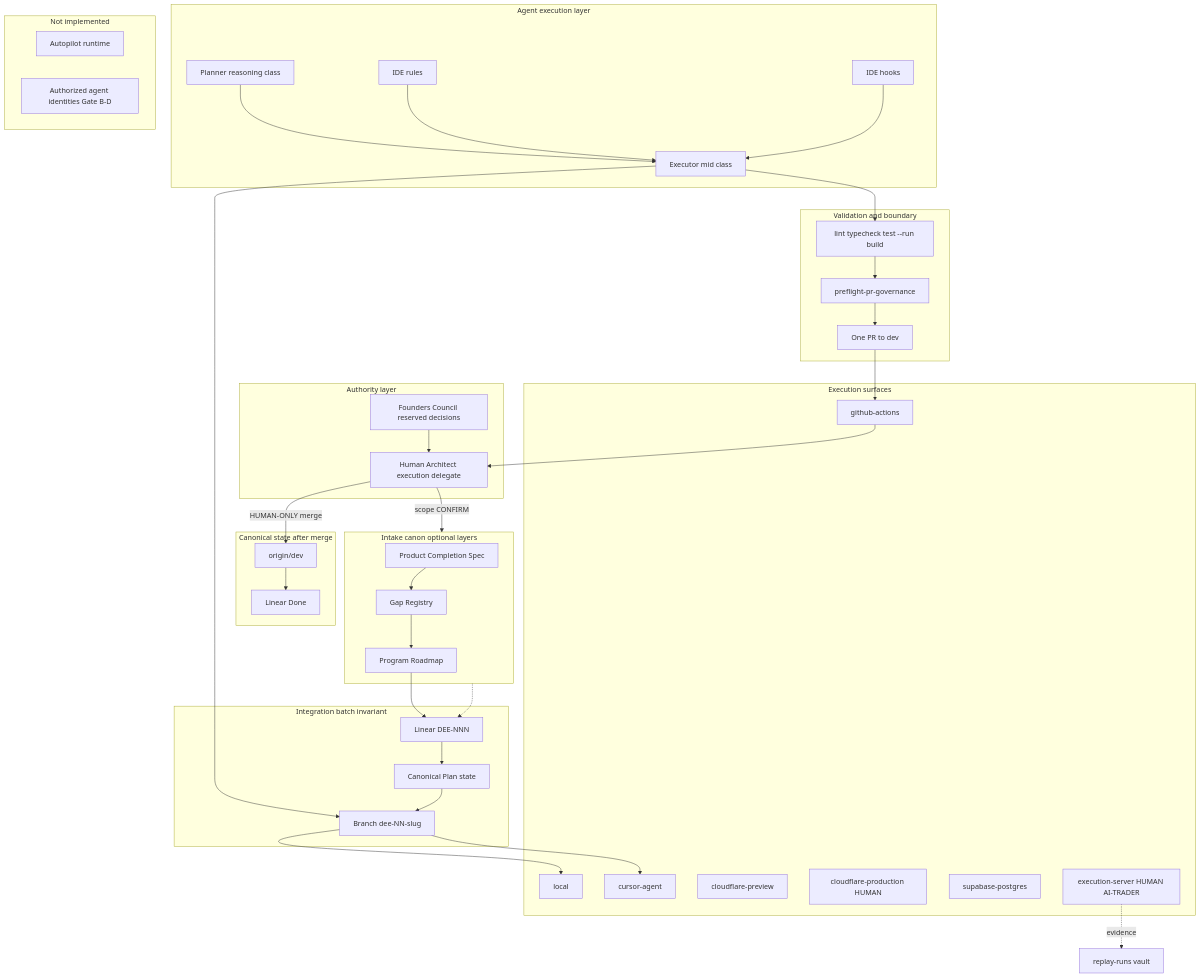
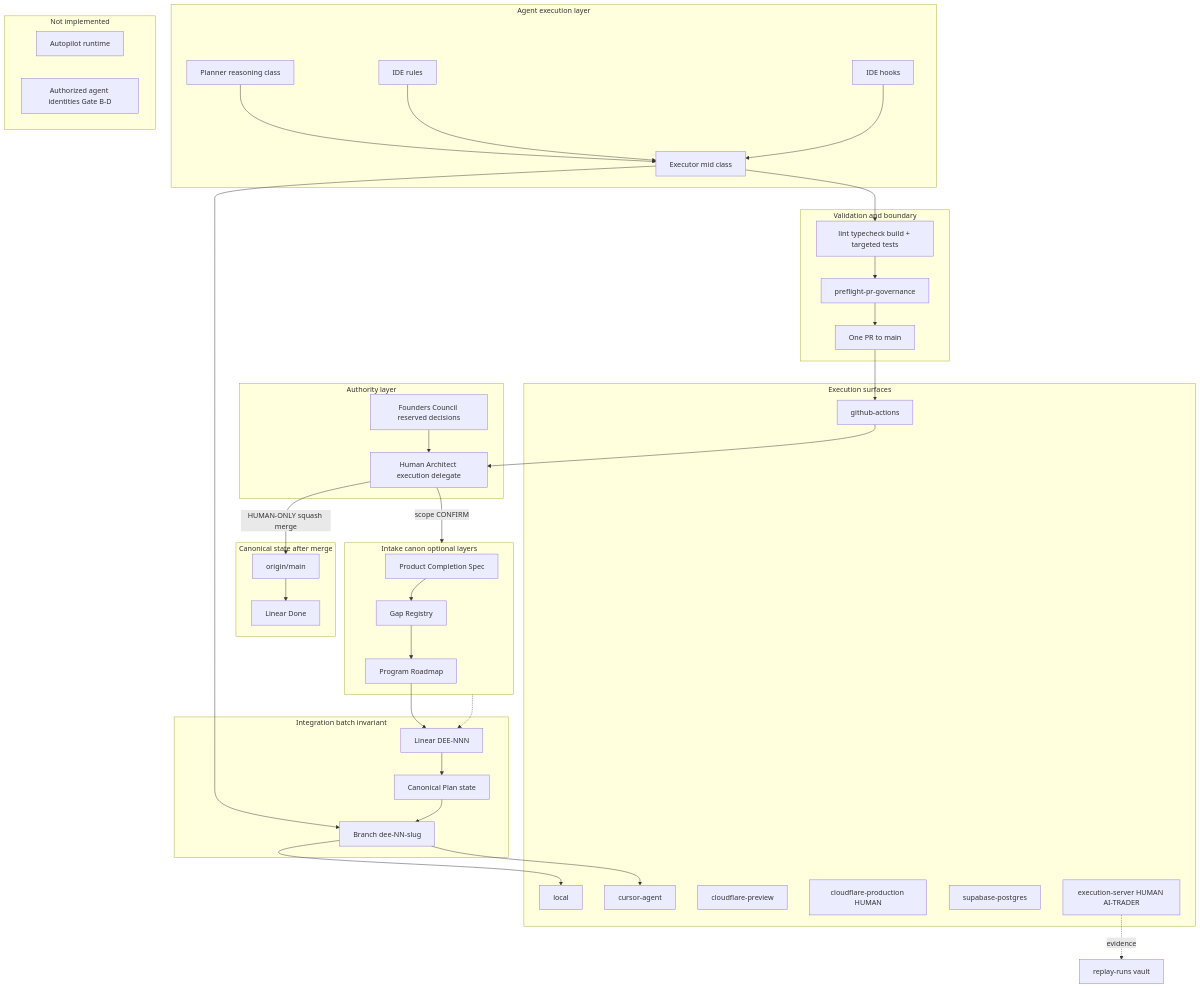
The diagram in docs/waia-governance/WAIA-DEV-OS-ARCHITECTURE-SPECIFICATION.md (oumaster369/waia), drawn with Mermaid before and after one commit. The commit also changed other lines of this file and 55 other files, not shown here.

First line of the commit message:
DEE-511 infra(governance): migrate WAIA DEV OS to single-trunk main

````diff
--- a/docs/waia-governance/WAIA-DEV-OS-ARCHITECTURE-SPECIFICATION.md
+++ b/docs/waia-governance/WAIA-DEV-OS-ARCHITECTURE-SPECIFICATION.md
@@ -655,71 +657,71 @@
 ```mermaid
 flowchart TB
   subgraph authority [Authority layer]
     FC[Founders Council reserved decisions]
     HA[Human Architect execution delegate]
     FC --> HA
   end
 
   subgraph intake [Intake canon optional layers]
     PCS[Product Completion Spec]
     GAP[Gap Registry]
     RM[Program Roadmap]
     PCS --> GAP --> RM
   end
 
   subgraph batch [Integration batch invariant]
     LIN[Linear DEE-NNN]
     PLAN[Canonical Plan state]
     BR[Branch dee-NN-slug]
     LIN --> PLAN --> BR
   end
 
   subgraph cursor [Agent execution layer]
     OP[Planner reasoning class]
     MID[Executor mid class]
     RULES[IDE rules]
     HOOKS[IDE hooks]
     OP --> MID
     RULES --> MID
     HOOKS --> MID
   end
 
   subgraph validate [Validation and boundary]
-    GATES[lint typecheck test --run build]
+    GATES[lint typecheck build + targeted tests]
     PRE[preflight-pr-governance]
-    PR[One PR to dev]
+    PR[One PR to main]
     GATES --> PRE --> PR
   end
 
   subgraph surfaces [Execution surfaces]
     LOC[local]
     CAG[cursor-agent]
     GHA[github-actions]
     CFP[cloudflare-preview]
     CPROD[cloudflare-production HUMAN]
     SUPA[supabase-postgres]
     EXS[execution-server HUMAN AI-TRADER]
   end
 
   subgraph canon [Canonical state after merge]
-    DEV[origin/dev]
+    MAIN[origin/main]
     DONE[Linear Done]
   end
 
   HA -->|scope CONFIRM| intake
   intake -.-> LIN
   RM --> LIN
   MID --> BR
   BR --> LOC
   BR --> CAG
   MID --> GATES
   PR --> GHA --> HA
-  HA -->|HUMAN-ONLY merge| DEV
-  DEV --> DONE
+  HA -->|HUMAN-ONLY squash merge| MAIN
+  MAIN --> DONE
   EXS -.->|evidence| RR[replay-runs vault]
 
   subgraph notbuilt [Not implemented]
     AP[Autopilot runtime]
     AG[Authorized agent identities Gate B-D]
   end
 ```
````
